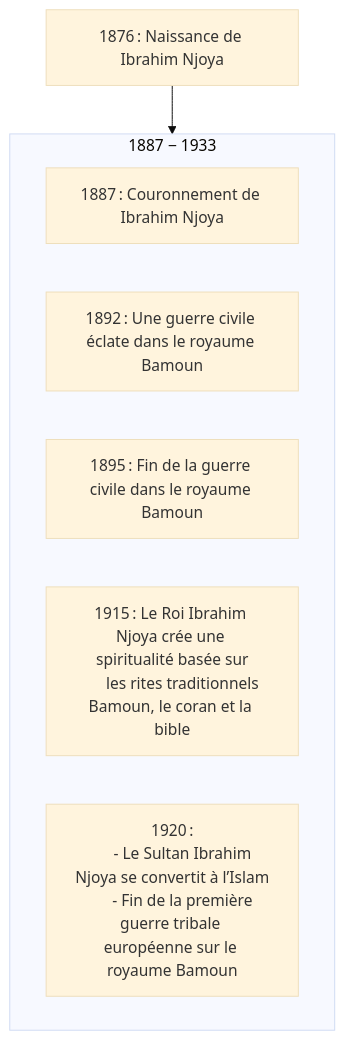
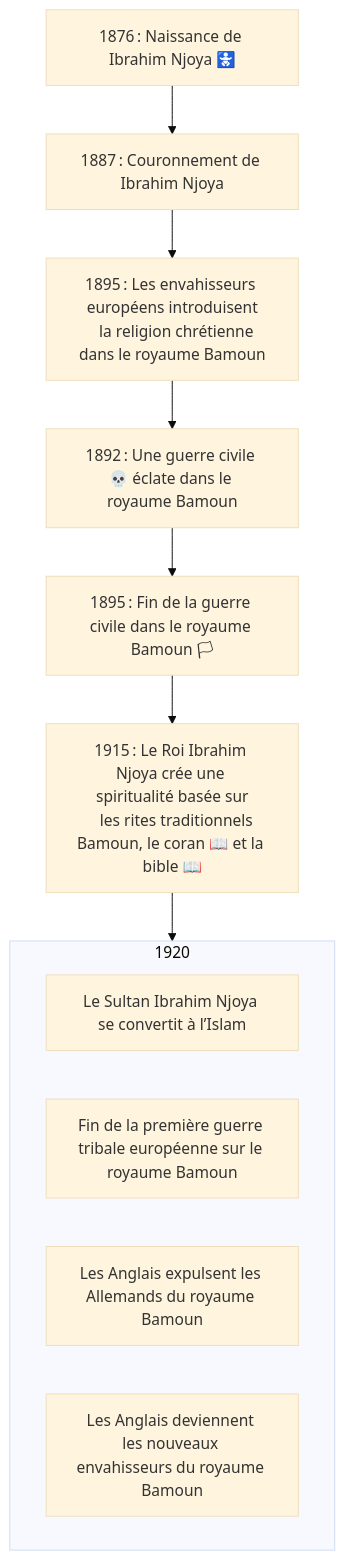
The diagram in en-cours/personnalite/homme/noble/souverain/roi/afrique/centre/bamoun/ibrahim-njoya.md (ba-moun/Ba-Moun-Save), drawn with Mermaid (base theme) before and after one commit. The commit also changed other lines of this file, not shown here.

Commit message:
docs: update en-cours/personnalite/homme/noble/souverain/roi/afrique/centre/bamoun/ibrahim-njoya

````diff
--- a/en-cours/personnalite/homme/noble/souverain/roi/afrique/centre/bamoun/ibrahim-njoya.md
+++ b/en-cours/personnalite/homme/noble/souverain/roi/afrique/centre/bamoun/ibrahim-njoya.md
@@ -27,22 +27,28 @@
 ```mermaid
 flowchart TB
 
-   birth["1876 : Naissance de Ibrahim Njoya"]
+   birth["1876 : Naissance de Ibrahim Njoya 🚼"]
    
-   subgraph reign["1887 − 1933"]
-      coronation["1887 : Couronnement de Ibrahim Njoya"]
-      
-      civilWarBegining["1892 : Une guerre civile éclate dans le royaume Bamoun"]
-      civilWarEnd["1895 : Fin de la guerre civile dans le royaume Bamoun"]
-      
-      spirituality["1915 : Le Roi Ibrahim Njoya crée une spiritualité basée sur
-      les rites traditionnels Bamoun, le coran et la bible"]
-      
-      conversion["1920 :
-      - Le Sultan Ibrahim Njoya se convertit à l’Islam
-      - Fin de la première guerre tribale européenne sur le royaume Bamoun"]
-   end
+   coronation["1887 : Couronnement de Ibrahim Njoya"]
+
+   christianity["1895 : Les envahisseurs européens introduisent
+   la religion chrétienne dans le royaume Bamoun"]
+
+    civilWarBegining["1892 : Une guerre civile 💀 éclate dans le royaume Bamoun"]
+    civilWarEnd["1895 : Fin de la guerre civile dans le royaume Bamoun 🏳"]
+
+   spirituality["1915 : Le Roi Ibrahim Njoya crée une spiritualité basée sur
+   les rites traditionnels Bamoun, le coran 📖 et la bible 📖"]
+
+   subgraph 1920
+
+     conversion["Le Sultan Ibrahim Njoya se convertit à l’Islam"]
+     firstEuTribalWarEnd["Fin de la première guerre tribale européenne sur le royaume Bamoun"]
+     dutchEviction["Les Anglais expulsent les Allemands du royaume Bamoun"]
+     englishInvasion["Les Anglais deviennent les nouveaux envahisseurs du royaume Bamoun"]
+
+        end
    
-   birth --> reign
+   birth --> coronation --> christianity --> civilWarBegining --> civilWarEnd --> spirituality --> 1920
    
 ```
````
